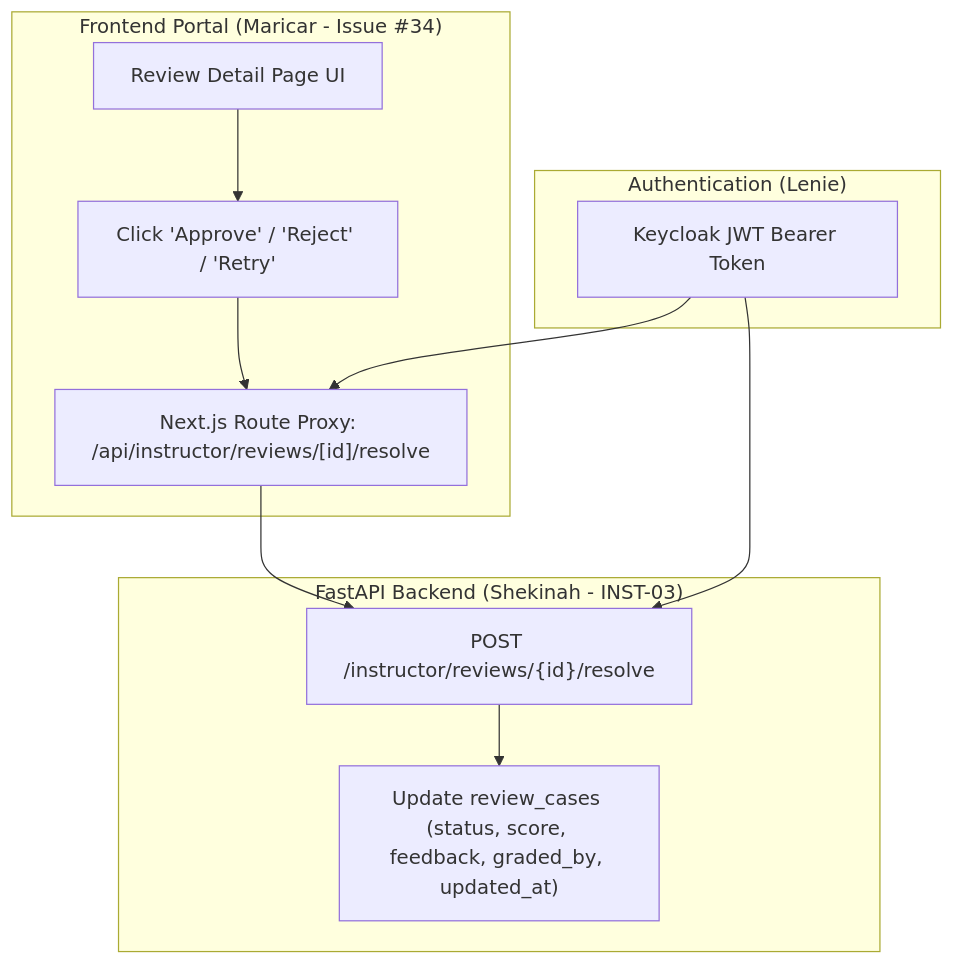
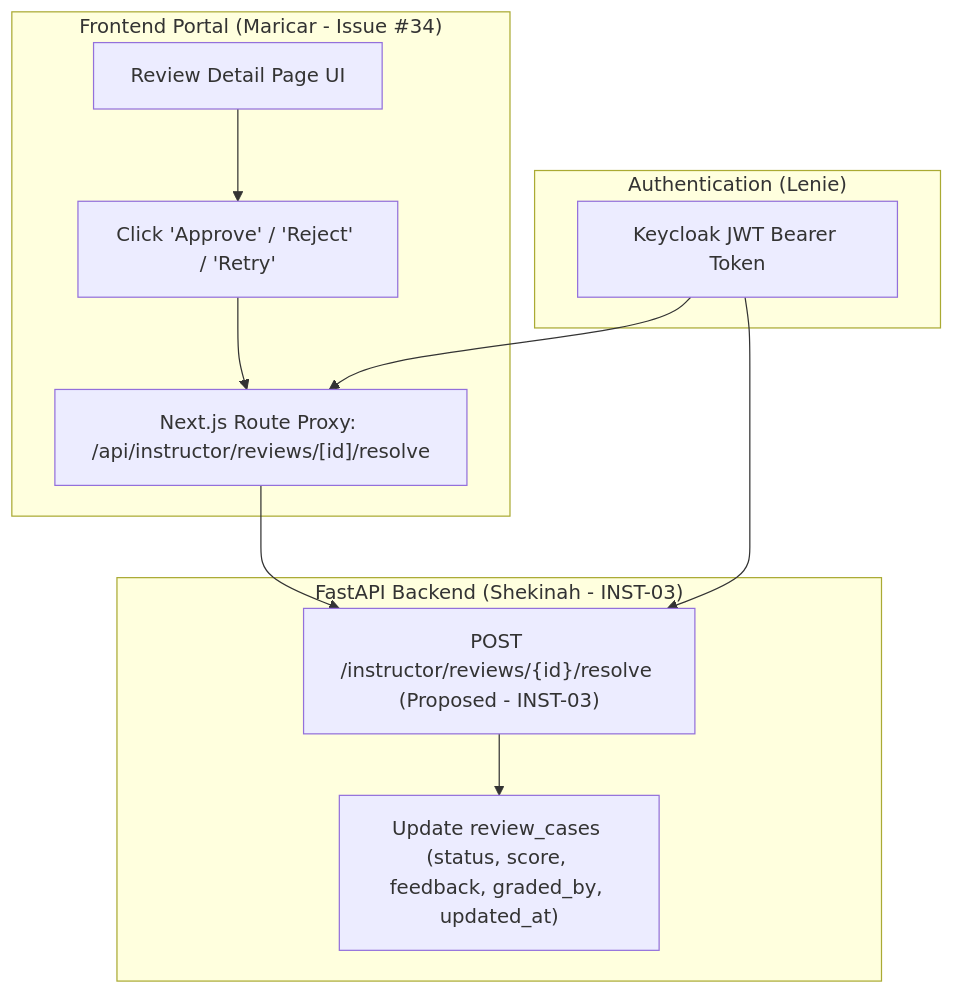
Before and after one commit to lmarellanojr/Capstone2-deploy: the diagram in cyberrange/docs/INSTRUCTOR_API_HANDOFF.md, drawn with Mermaid. The commit also changed other lines of this file, not shown here.

Commit message:
docs(instructor): clarify proposed resolution endpoint

````diff
--- a/cyberrange/docs/INSTRUCTOR_API_HANDOFF.md
+++ b/cyberrange/docs/INSTRUCTOR_API_HANDOFF.md
@@ -488,15 +488,15 @@
 ```mermaid
 flowchart TD
     subgraph UI ["Frontend Portal (Maricar - Issue #34)"]
         A["Review Detail Page UI"] --> B["Click 'Approve' / 'Reject' / 'Retry'"]
         B --> C["Next.js Route Proxy: /api/instructor/reviews/[id]/resolve"]
     end
     subgraph Backend ["FastAPI Backend (Shekinah - INST-03)"]
-        C --> D["POST /instructor/reviews/{id}/resolve"]
+        C --> D["POST /instructor/reviews/{id}/resolve (Proposed - INST-03)"]
         D --> E["Update review_cases (status, score, feedback, graded_by, updated_at)"]
     end
     subgraph Keycloak ["Authentication (Lenie)"]
         I["Keycloak JWT Bearer Token"] --> C
         I --> D
     end
 ```
````
